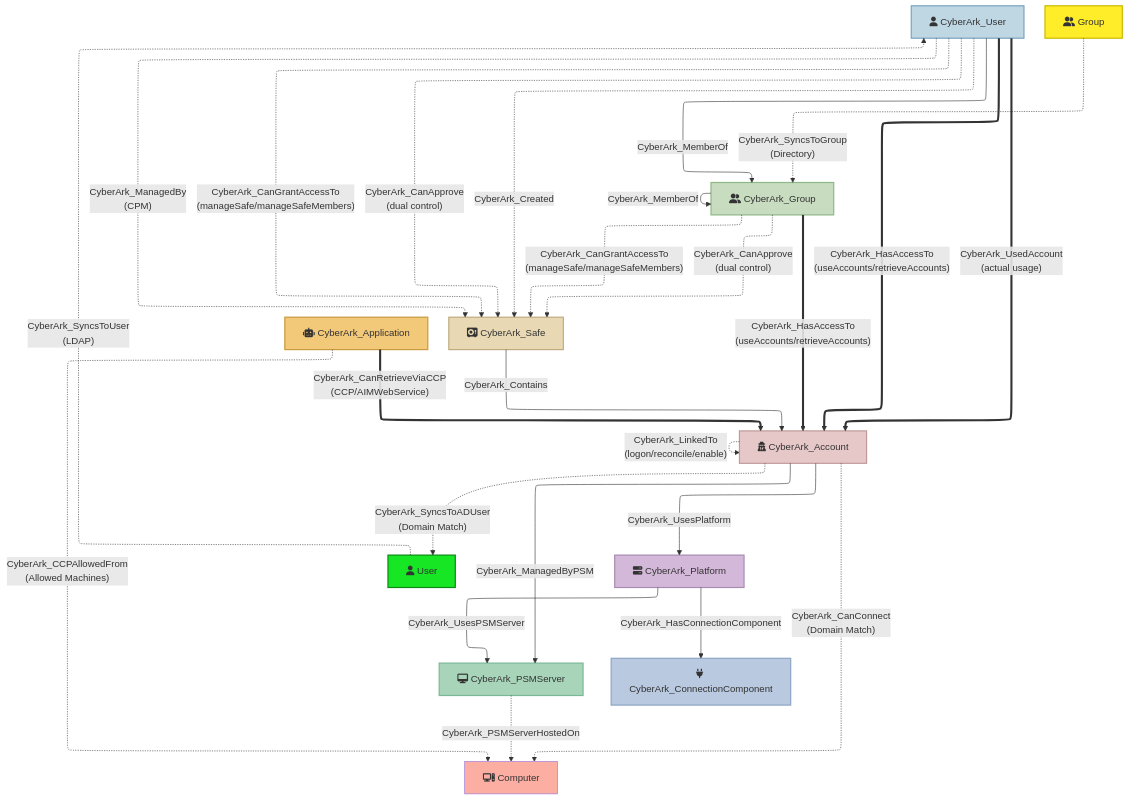
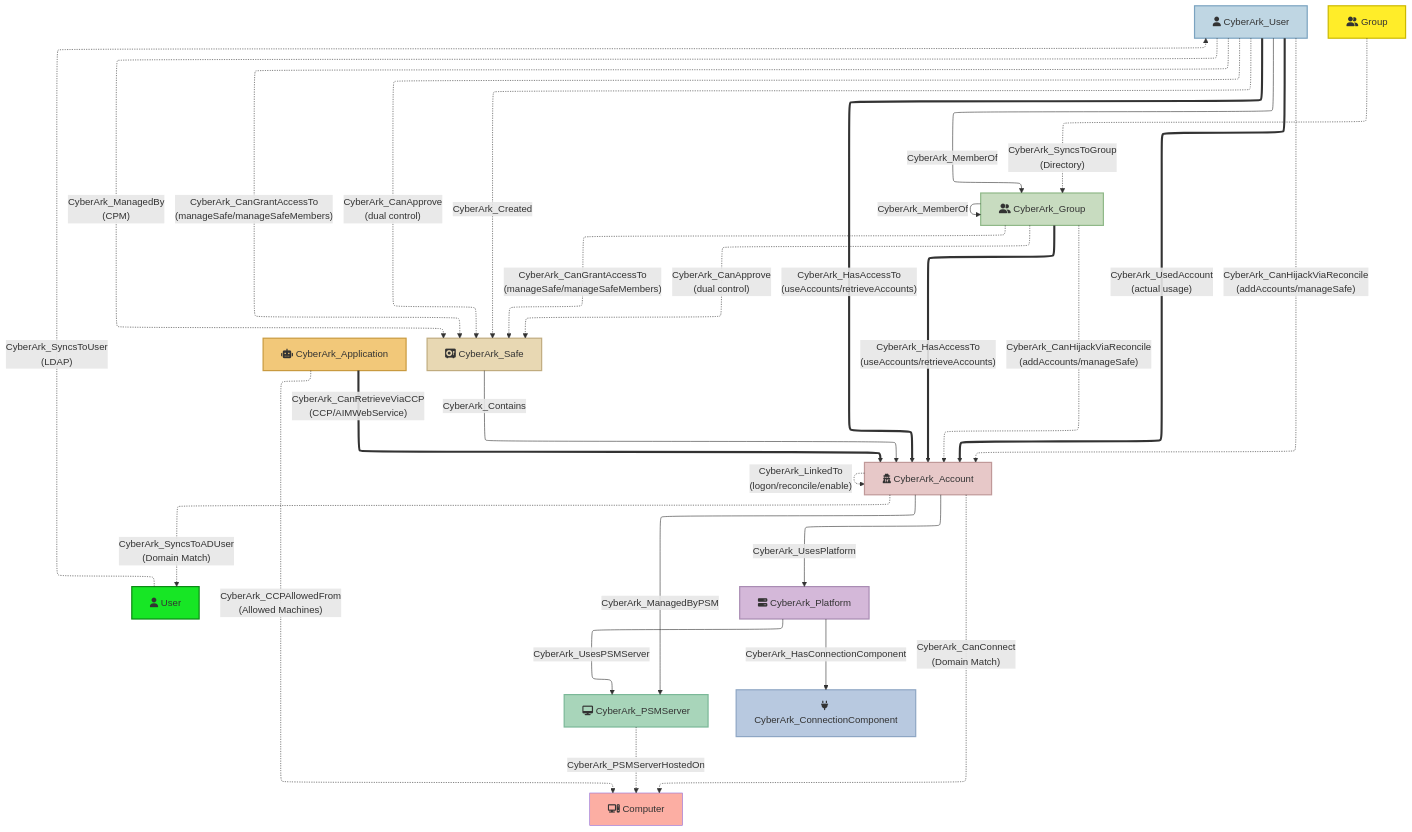
The diagram in README.md (jazofra/CyberArkHound), drawn with Mermaid before and after one commit. The commit also changed other lines of this file and 8 other files, not shown here.

First line of the commit message:
Map reconcile-account hijack and PSM-breakout exposure (Nigmatullin, SO-CON 2026)

````diff
--- a/README.md
+++ b/README.md
@@ -935,42 +983,44 @@
 ```mermaid
 ---
 config:
  layout: elk
 ---
 flowchart TD
  User["fa:fa-user User"] -. CyberArk_SyncsToUser<br>(LDAP) .-> CyberArk_User["fa:fa-user CyberArk_User"]
  Group["fa:fa-user-group Group"] -. CyberArk_SyncsToGroup<br>(Directory) .-> CyberArk_Group["fa:fa-user-group CyberArk_Group"]
  CyberArk_Account["fa:fa-user-secret CyberArk_Account"] -. CyberArk_SyncsToADUser<br>(Domain Match) .-> User
  CyberArk_Account -. CyberArk_CanConnect<br>(Domain Match) .-> Computer["fa:fa-computer Computer"]
  CyberArk_User -- CyberArk_MemberOf --> CyberArk_Group
  CyberArk_Group -- CyberArk_MemberOf --> CyberArk_Group
  CyberArk_User == CyberArk_HasAccessTo<br>(useAccounts/retrieveAccounts) ==> CyberArk_Account
  CyberArk_Group == CyberArk_HasAccessTo<br>(useAccounts/retrieveAccounts) ==> CyberArk_Account
  CyberArk_Application["fa:fa-robot CyberArk_Application"] == CyberArk_CanRetrieveViaCCP<br>(CCP/AIMWebService) ==> CyberArk_Account
  CyberArk_Application -. CyberArk_CCPAllowedFrom<br>(Allowed Machines) .-> Computer
  CyberArk_User == CyberArk_UsedAccount<br>(actual usage) ==> CyberArk_Account
  CyberArk_User -. CyberArk_CanGrantAccessTo<br>(manageSafe/manageSafeMembers) .-> CyberArk_Safe["fa:fa-vault CyberArk_Safe"]
  CyberArk_Group -. CyberArk_CanGrantAccessTo<br>(manageSafe/manageSafeMembers) .-> CyberArk_Safe
+ CyberArk_User -. CyberArk_CanHijackViaReconcile<br>(addAccounts/manageSafe) .-> CyberArk_Account
+ CyberArk_Group -. CyberArk_CanHijackViaReconcile<br>(addAccounts/manageSafe) .-> CyberArk_Account
  CyberArk_User -. CyberArk_CanApprove<br>(dual control) .-> CyberArk_Safe
  CyberArk_Group -. CyberArk_CanApprove<br>(dual control) .-> CyberArk_Safe
  CyberArk_Safe -- CyberArk_Contains --> CyberArk_Account
  CyberArk_User -. CyberArk_Created .-> CyberArk_Safe
  CyberArk_User -. CyberArk_ManagedBy<br>(CPM) .-> CyberArk_Safe
  CyberArk_Account -. CyberArk_LinkedTo<br>(logon/reconcile/enable) .-> CyberArk_Account
  CyberArk_Account -- CyberArk_UsesPlatform --> CyberArk_Platform["fa:fa-server CyberArk_Platform"]
  CyberArk_Account -- CyberArk_ManagedByPSM --> CyberArk_PSMServer["fa:fa-desktop CyberArk_PSMServer"]
  CyberArk_Platform -- CyberArk_UsesPSMServer --> CyberArk_PSMServer
  CyberArk_Platform -- CyberArk_HasConnectionComponent --> CyberArk_ConnectionComponent["fa:fa-plug CyberArk_ConnectionComponent"]
  CyberArk_PSMServer -. CyberArk_PSMServerHostedOn .-> Computer
  style User fill:#17E625,stroke:#0B8A14,stroke-width:2px
  style Computer fill:#FCAEA3,stroke:DF7E71,stroke-widthg:2px
  style CyberArk_User fill:#BFD6E3,stroke:#7BA3C0,stroke-width:2px
  style Group fill:#FFED29,stroke:#CCB900,stroke-width:2px
  style CyberArk_Group fill:#C8DCC0,stroke:#8FB888,stroke-width:2px
  style CyberArk_Account fill:#E7C8C8,stroke:#C09999,stroke-width:2px
  style CyberArk_Safe fill:#E8D8B3,stroke:#C0AC7F,stroke-width:2px
  style CyberArk_Platform fill:#D4B8D9,stroke:#A98CB3,stroke-width:2px
  style CyberArk_PSMServer fill:#A8D5BA,stroke:#7BB898,stroke-width:2px
  style CyberArk_ConnectionComponent fill:#B8C9E0,stroke:#8EA6C4,stroke-width:2px
  style CyberArk_Application fill:#F2C879,stroke:#C99A3F,stroke-width:2px
 ```
````
